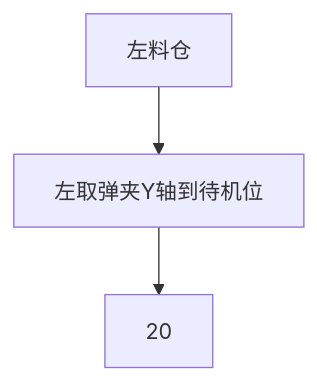
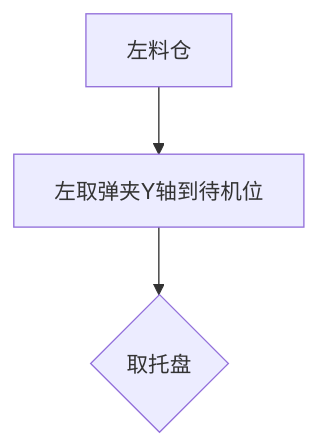
The diagram in all/VR-OP90左料仓.md (zmq000/iodraw-files), drawn with Mermaid before and after one commit.

Commit message:
2026-06-18 08:34:02 update

````diff
--- a/all/VR-OP90左料仓.md
+++ b/all/VR-OP90左料仓.md
@@ -1,6 +1,6 @@
 ```mermaid
 graph TD
 0[左料仓]-->10
 10[左取弹夹Y轴到待机位]-->20
-20
+20{取托盘}
 ```
````
